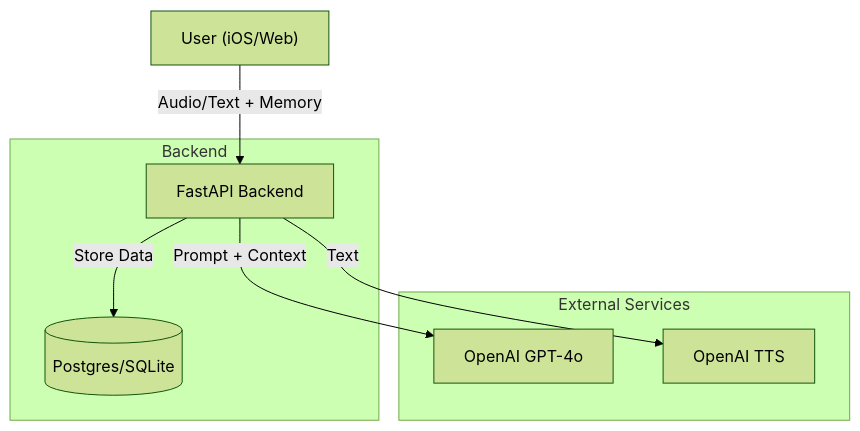
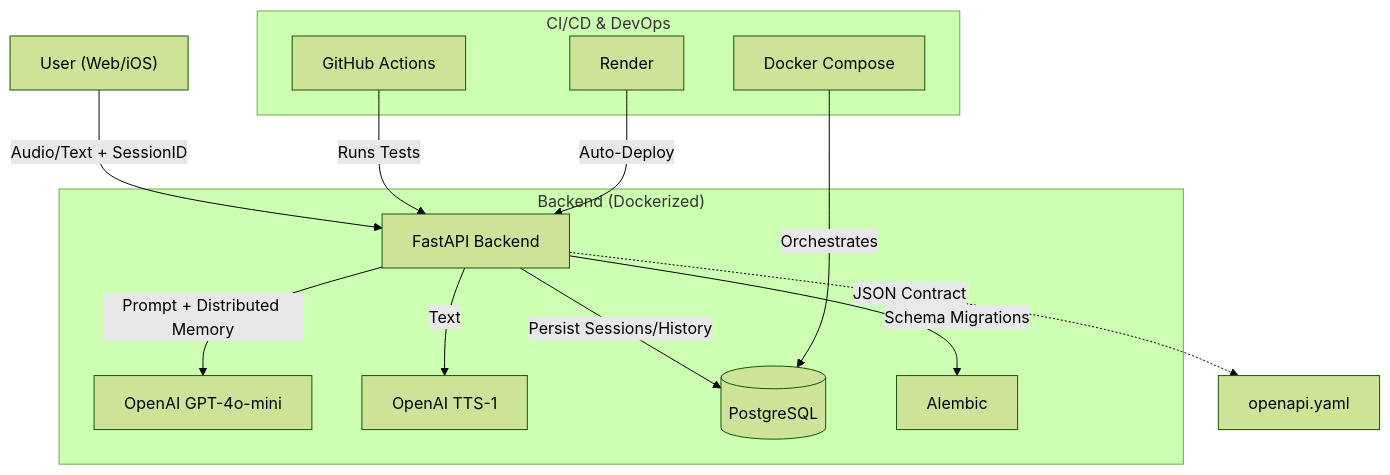
Before and after one commit to ecomunick/GenauTapi: the diagram in README.md, drawn with Mermaid (forest theme). The commit also changed other lines of this file and 1 other file, not shown here.

````diff
--- a/README.md
+++ b/README.md
@@ -30,17 +10,18 @@
 ```mermaid
 graph TD
-    User["User (iOS/Web)"] -->|Audio/Text + Memory| API[FastAPI Backend]
-    API -->|Prompt + Context| LLM[OpenAI GPT-4o]
-    API -->|Text| TTS[OpenAI TTS]
-    API -->|Store Data| DB[(Postgres/SQLite)]
+    User["User (Web/iOS)"] -->|Audio/Text + SessionID| API[FastAPI Backend]
+    subgraph "Backend (Dockerized)"
+    API -->|Prompt + Distributed Memory| LLM[OpenAI GPT-4o-mini]
+    API -->|Text| TTS[OpenAI TTS-1]
+    API -->|Persist Sessions/History| DB[(PostgreSQL)]
+    API -->|Schema Migrations| Alembic[Alembic]
+    end
     
-    subgraph Backend
-    API
-    DB
-    end
-
-    subgraph External Services
-    LLM
-    TTS
+    API -.->|JSON Contract| OpenAPI[openapi.yaml]
+    
+    subgraph "CI/CD & DevOps"
+    GHA[GitHub Actions] -->|Runs Tests| API
+    Docker[Docker Compose] -->|Orchestrates| DB
+    Render[Render] -->|Auto-Deploy| API
     end
 ```
````
